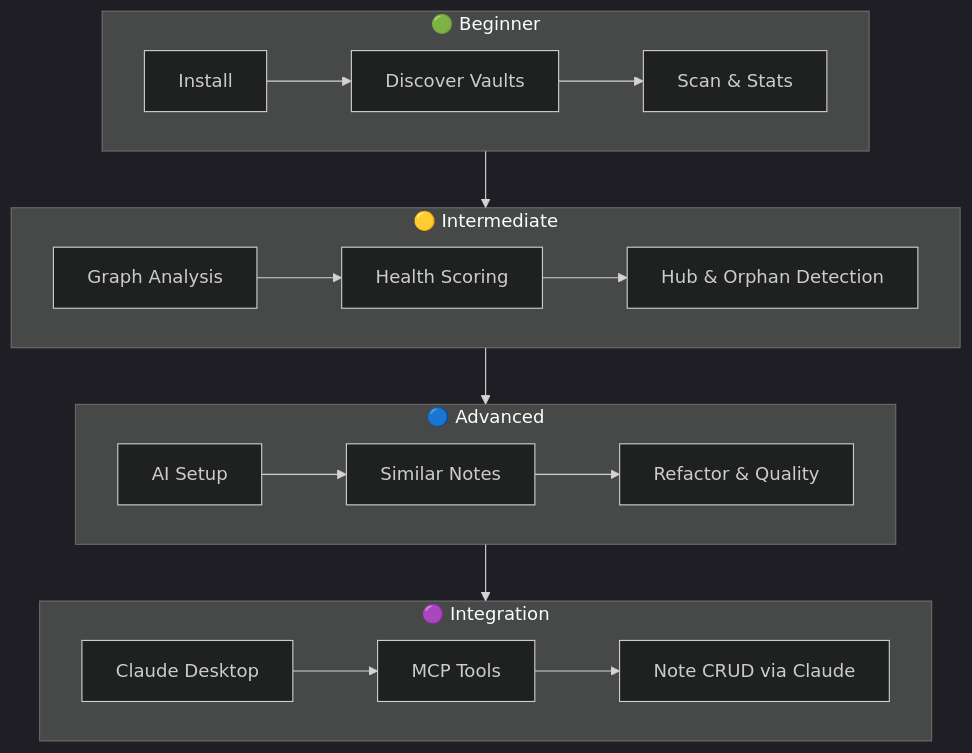
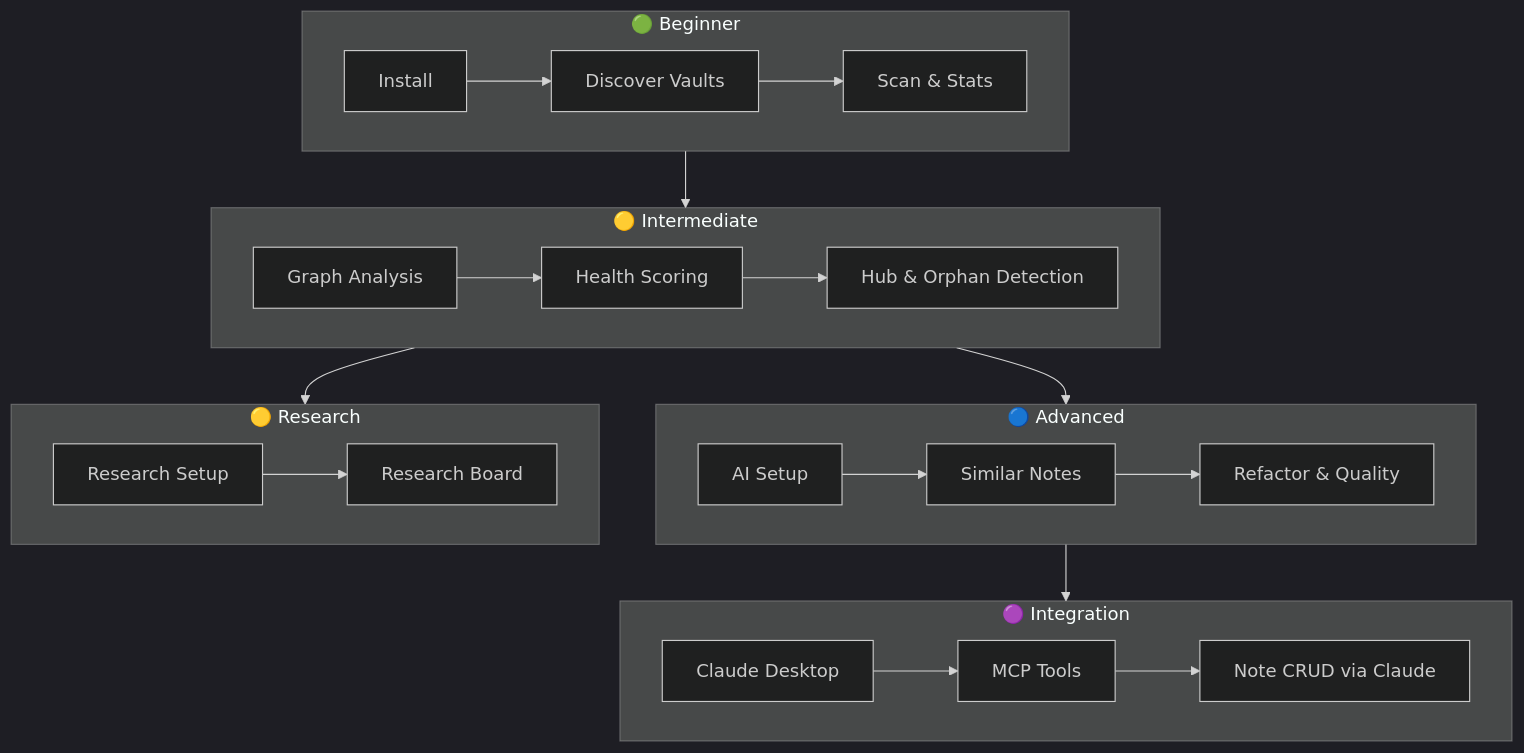
The diagram in docs_mkdocs/tutorials/index.md (Data-Wise/obsidian-cli-ops), drawn with Mermaid (dark theme) before and after one commit. The commit also changed other lines of this file, not shown here.

First line of the commit message:
docs(site): list Research Setup/Board tutorials in tutorials index

````diff
--- a/docs_mkdocs/tutorials/index.md
+++ b/docs_mkdocs/tutorials/index.md
@@ -10,24 +10,29 @@
 ```mermaid
 flowchart TD
     subgraph L1["🟢 Beginner"]
         A1[Install] --> A2[Discover Vaults]
         A2 --> A3[Scan & Stats]
     end
 
     subgraph L2["🟡 Intermediate"]
         B1[Graph Analysis] --> B2[Health Scoring]
         B2 --> B3[Hub & Orphan Detection]
     end
 
     subgraph L3["🔵 Advanced"]
         C1[AI Setup] --> C2[Similar Notes]
         C2 --> C3[Refactor & Quality]
     end
 
     subgraph L4["🟣 Integration"]
         D1[Claude Desktop] --> D2[MCP Tools]
         D2 --> D3[Note CRUD via Claude]
     end
 
+    subgraph L5["🟡 Research"]
+        E1[Research Setup] --> E2[Research Board]
+    end
+
     L1 --> L2 --> L3 --> L4
+    L2 --> L5
 ```
````
